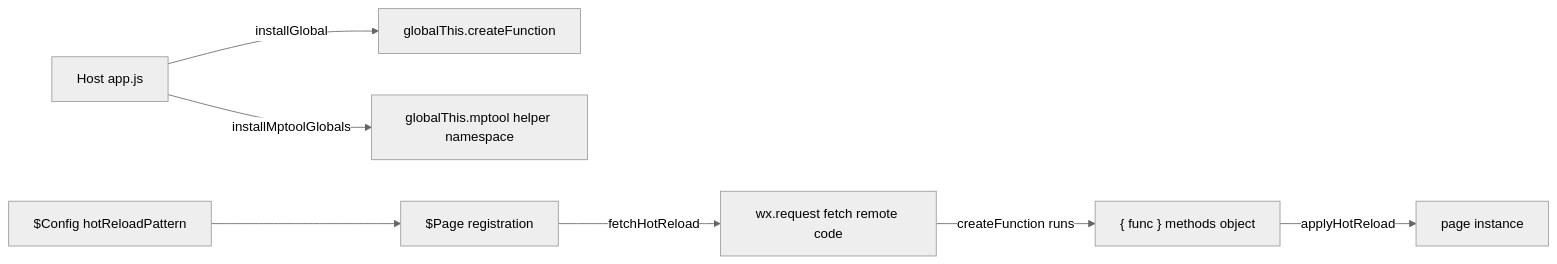
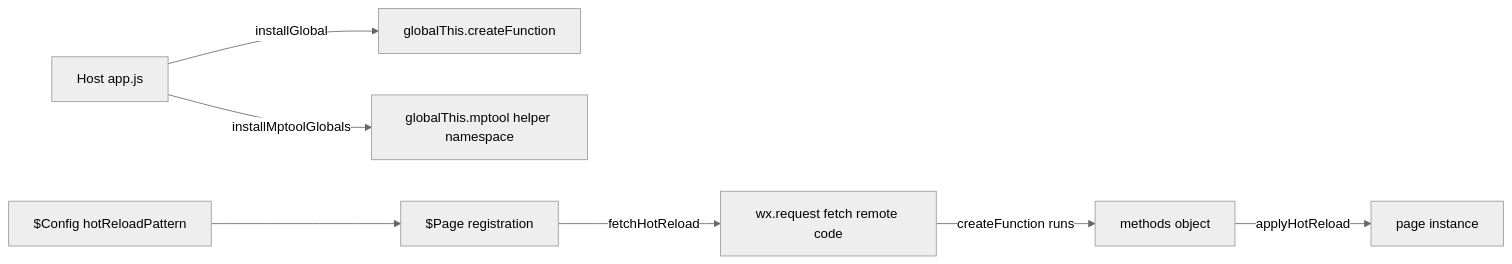
Before and after one commit to miniapp-tool/mptool: the diagram in CLAUDE.md, drawn with Mermaid (neutral theme). The commit also changed other lines of this file and 9 other files, not shown here.

````diff
--- a/CLAUDE.md
+++ b/CLAUDE.md
@@ -81,9 +81,9 @@
 ```mermaid
 flowchart LR
     A[Host app.js] -->|installGlobal| B[globalThis.createFunction]
     A -->|installMptoolGlobals| C[globalThis.mptool helper namespace]
     D[$Config hotReloadPattern] --> E[$Page registration]
     E -->|fetchHotReload| F[wx.request fetch remote code]
-    F -->|createFunction runs| G["{ func } methods object"]
+    F -->|createFunction runs| G["methods object"]
     G -->|applyHotReload| H[page instance]
 ```
````
